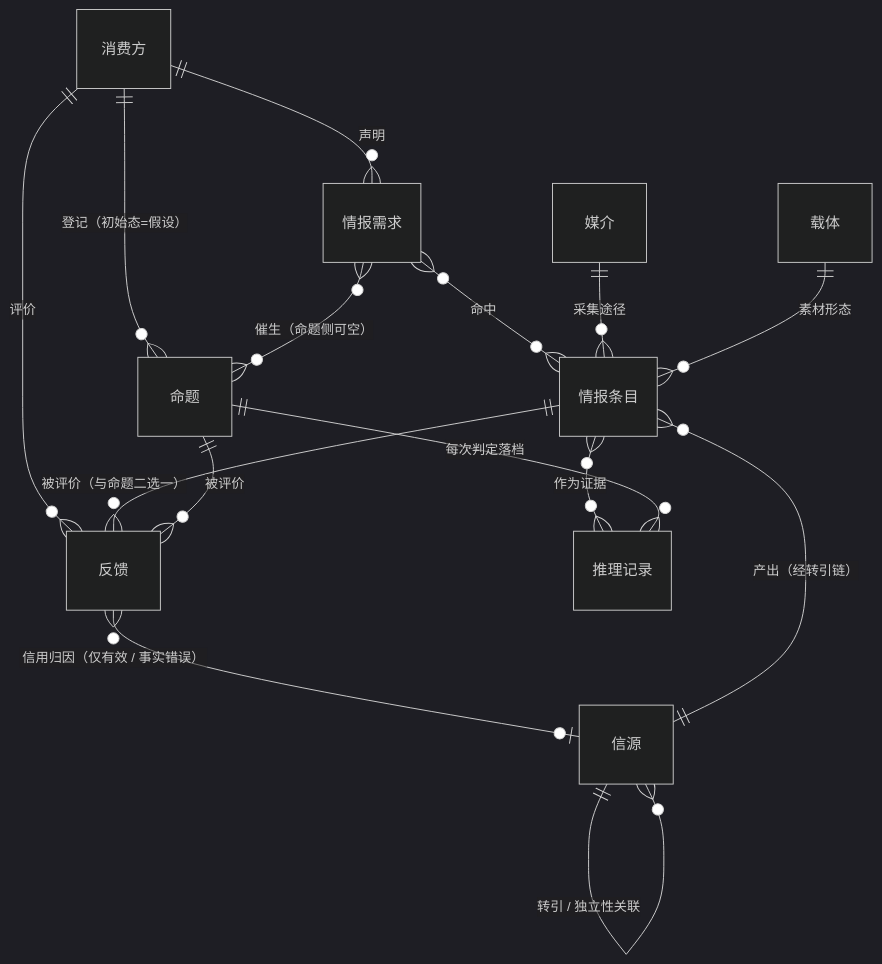
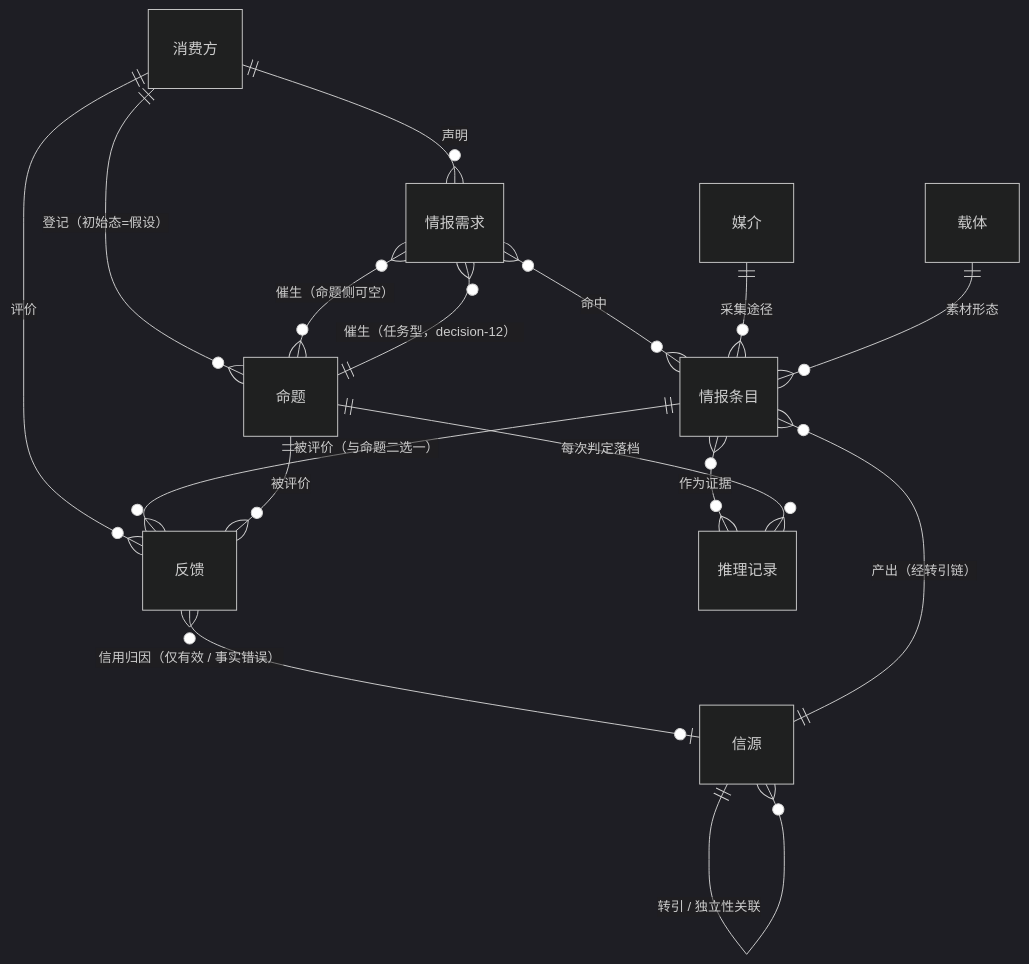
The second of 5 diagrams in backlog/docs/doc-02 - 领域模型-Domain-Model.md (leoricmaster/iih), drawn with Mermaid (dark theme) before and after one commit. The commit also changed other lines of this file and 8 other files, not shown here.

````diff
--- a/backlog/docs/doc-02 - 领域模型-Domain-Model.md
+++ b/backlog/docs/doc-02 - 领域模型-Domain-Model.md
@@ -53,17 +54,18 @@
 ```mermaid
 erDiagram
     消费方 ||--o{ 情报需求 : "声明"
     消费方 ||--o{ 反馈 : "评价"
     消费方 ||--o{ 命题 : "登记（初始态=假设）"
     情报需求 }o--o{ 情报条目 : "命中"
     情报需求 }o--o{ 命题 : "催生（命题侧可空）"
+    命题 ||--o{ 情报需求 : "催生（任务型，decision-12）"
     媒介 ||--o{ 情报条目 : "采集途径"
     载体 ||--o{ 情报条目 : "素材形态"
     信源 ||--o{ 情报条目 : "产出（经转引链）"
     信源 ||--o{ 信源 : "转引 / 独立性关联"
     情报条目 }o--o{ 推理记录 : "作为证据"
     命题 ||--o{ 推理记录 : "每次判定落档"
     情报条目 ||--o{ 反馈 : "被评价（与命题二选一）"
     命题 ||--o{ 反馈 : "被评价"
     反馈 }o--o| 信源 : "信用归因（仅有效 / 事实错误）"
 ```
````
